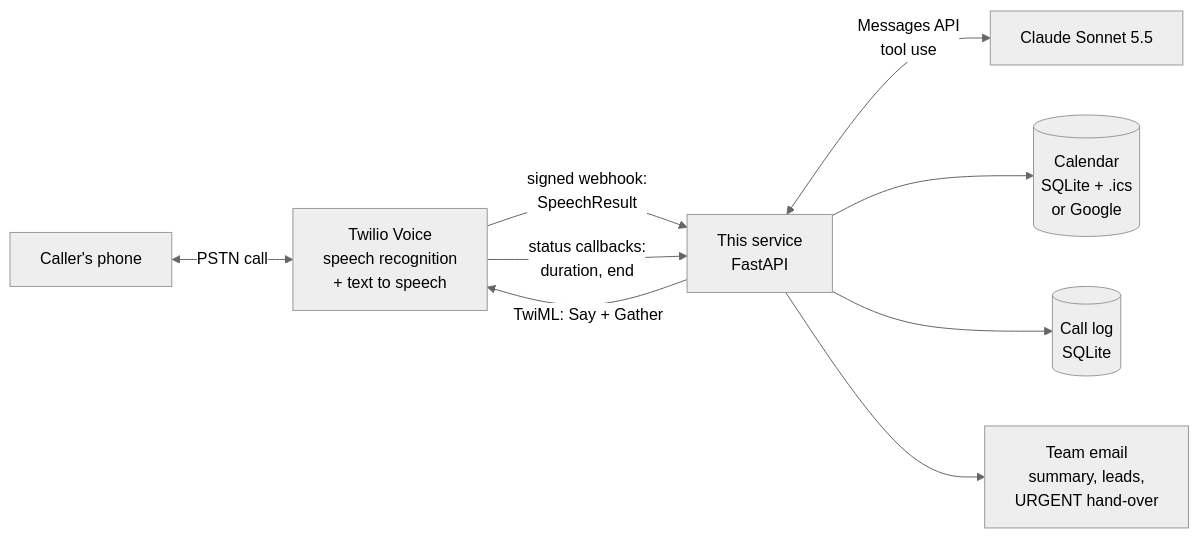
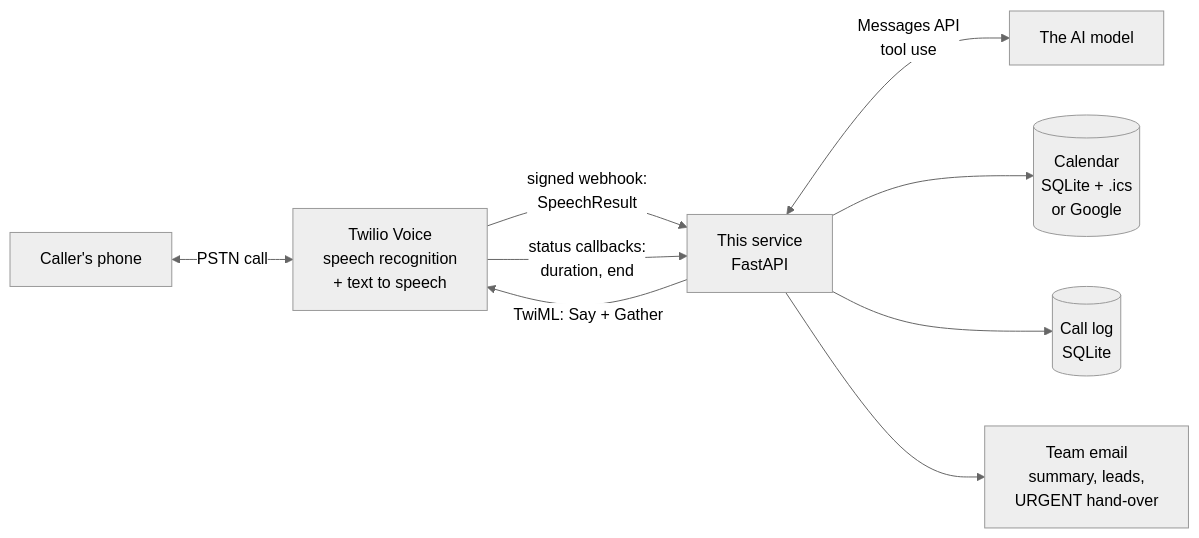
Before and after one commit to ParishSynthMind/twilio-claude-voice-agent: the diagram in README.md, drawn with Mermaid (neutral theme). The commit also changed other lines of this file and 1 other file, not shown here.

First line of the commit message:
Say AI, not Claude, in public text; repo renamed to twilio-ai-voice-agent

````diff
--- a/README.md
+++ b/README.md
@@ -42,11 +42,11 @@
 ```mermaid
 flowchart LR
     C[Caller's phone] <-->|PSTN call| T[Twilio Voice<br/>speech recognition<br/>+ text to speech]
     T -->|signed webhook:<br/>SpeechResult| S[This service<br/>FastAPI]
     S -->|TwiML: Say + Gather| T
-    S <-->|Messages API<br/>tool use| L[Claude Sonnet 5.5]
+    S <-->|Messages API<br/>tool use| L[The AI model]
     S --> K[(Calendar<br/>SQLite + .ics<br/>or Google)]
     S --> G[(Call log<br/>SQLite)]
     S --> E[Team email<br/>summary, leads,<br/>URGENT hand-over]
     T -->|status callbacks:<br/>duration, end| S
 ```
````
